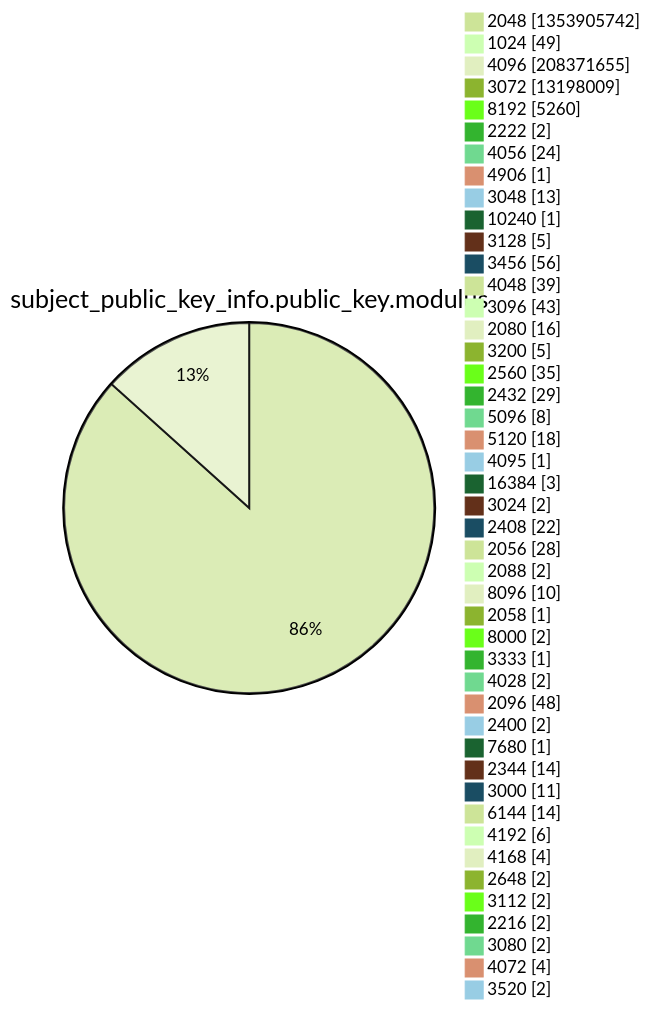
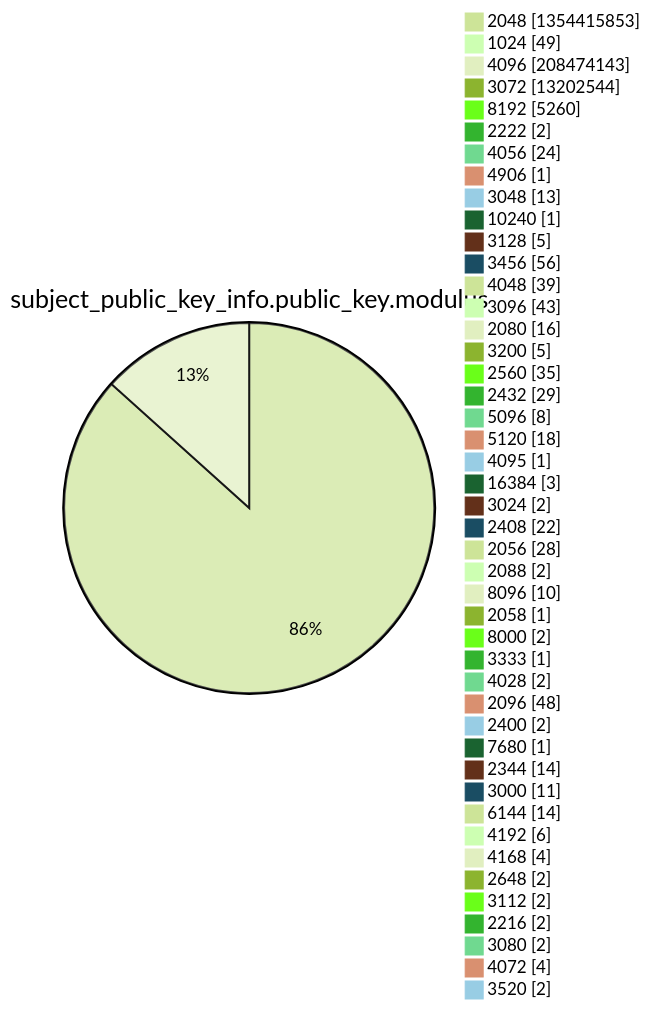
Diagram 13 of 15 in xenon2022/README.md (christiankrug/ctmonitor_visualization), drawn with Mermaid (forest theme) before and after one commit. The commit also changed other lines of this file, not shown here.

````diff
--- a/xenon2022/README.md
+++ b/xenon2022/README.md
@@ -3927,49 +3927,49 @@
 ```mermaid
 pie showData
 title subject_public_key_info.public_key.modulus
-"2048" :1353905742
+"2048" :1354415853
 "1024" :49
-"4096" :208371655
-"3072" :13198009
+"4096" :208474143
+"3072" :13202544
 "8192" :5260
 "2222" :2
 "4056" :24
 "4906" :1
 "3048" :13
 "10240" :1
 "3128" :5
 "3456" :56
 "4048" :39
 "3096" :43
 "2080" :16
 "3200" :5
 "2560" :35
 "2432" :29
 "5096" :8
 "5120" :18
 "4095" :1
 "16384" :3
 "3024" :2
 "2408" :22
 "2056" :28
 "2088" :2
 "8096" :10
 "2058" :1
 "8000" :2
 "3333" :1
 "4028" :2
 "2096" :48
 "2400" :2
 "7680" :1
 "2344" :14
 "3000" :11
 "6144" :14
 "4192" :6
 "4168" :4
 "2648" :2
 "3112" :2
 "2216" :2
 "3080" :2
 "4072" :4
 "3520" :2
 ```
````
